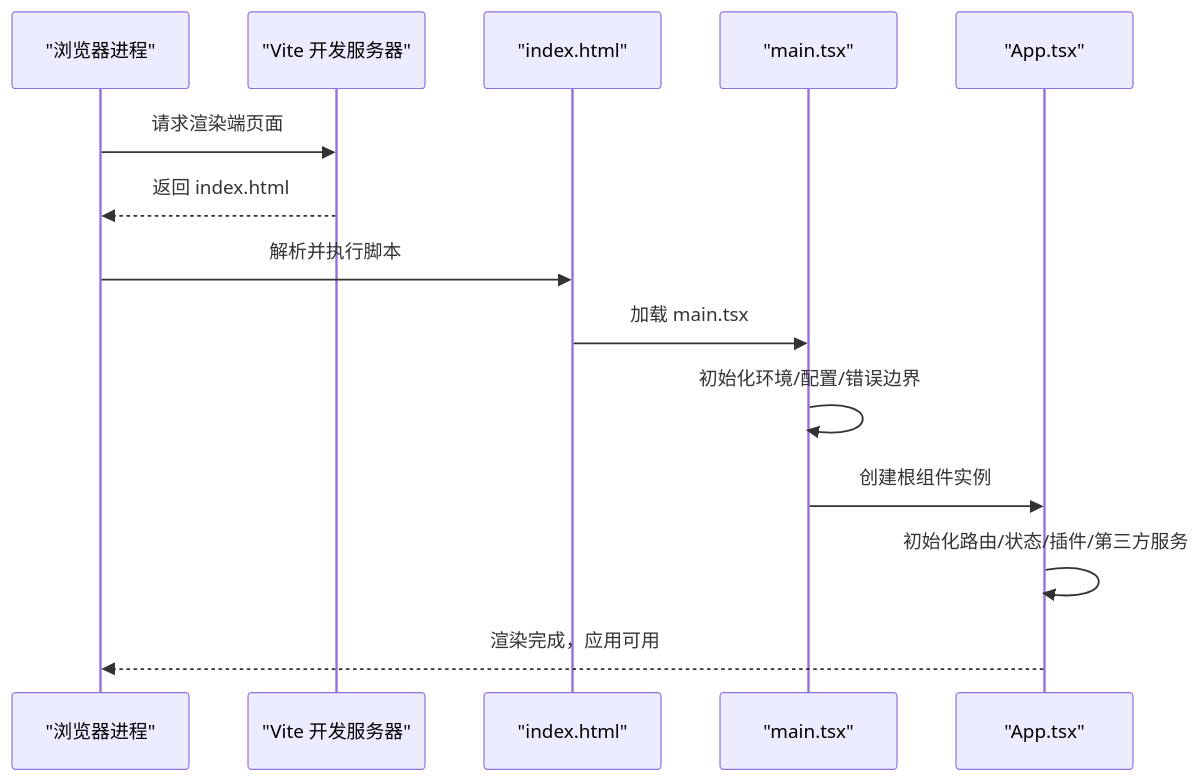
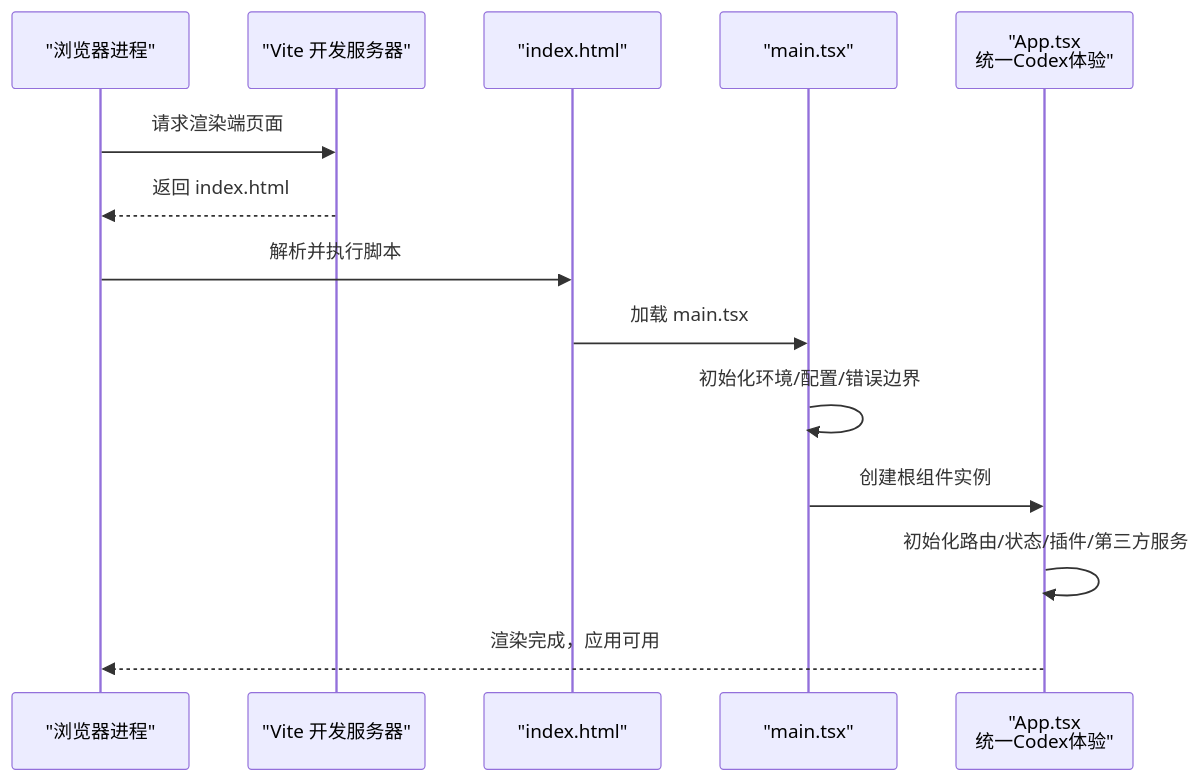
One commit to iljahofbauer219-lang/yandu changed the second of 5 diagrams in .qoder/repowiki/zh/content/系统架构/渲染进程架构/应用入口与初始化.md. Above: the diagram before and after it, drawn with Mermaid. The commit also changed other lines of this file and 630 other files, not shown here.

````diff
--- a/.qoder/repowiki/zh/content/系统架构/渲染进程架构/应用入口与初始化.md
+++ b/.qoder/repowiki/zh/content/系统架构/渲染进程架构/应用入口与初始化.md
@@ -70,16 +80,16 @@
 ```mermaid
 sequenceDiagram
 participant Browser as "浏览器进程"
 participant Vite as "Vite 开发服务器"
 participant HTML as "index.html"
 participant Main as "main.tsx"
-participant App as "App.tsx"
+participant App as "App.tsx<br/>统一Codex体验"
 Browser->>Vite : 请求渲染端页面
 Vite-->>Browser : 返回 index.html
 Browser->>HTML : 解析并执行脚本
 HTML->>Main : 加载 main.tsx
 Main->>Main : 初始化环境/配置/错误边界
 Main->>App : 创建根组件实例
 App->>App : 初始化路由/状态/插件/第三方服务
 App-->>Browser : 渲染完成，应用可用
 ```
````
